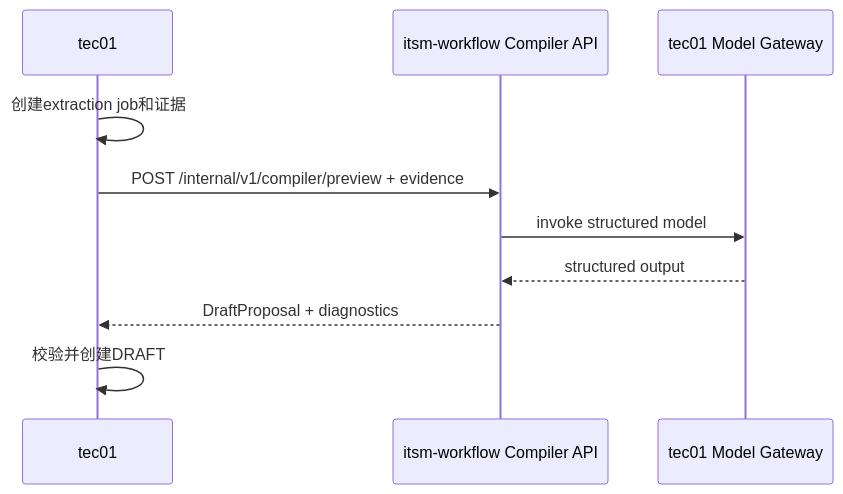
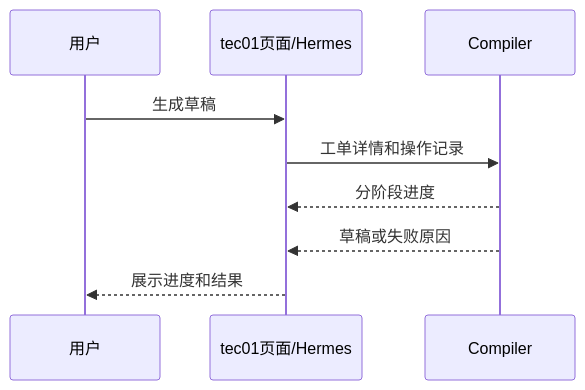
The first of 2 diagrams in docs/tec01-integration-contract.md (armin1024/itsm-workflow), drawn with Mermaid before and after one commit. The commit also changed other lines of this file and 7 other files, not shown here.

Commit message:
docs: simplify tec01 push scheduling and user flows

````diff
--- a/docs/tec01-integration-contract.md
+++ b/docs/tec01-integration-contract.md
@@ -706,12 +285,12 @@
 ```mermaid
 sequenceDiagram
-    participant T as tec01
-    participant C as itsm-workflow Compiler API
-    participant M as tec01 Model Gateway
-    T->>T: 创建extraction job和证据
-    T->>C: POST /internal/v1/compiler/preview + evidence
-    C->>M: invoke structured model
-    M-->>C: structured output
-    C-->>T: DraftProposal + diagnostics
-    T->>T: 校验并创建DRAFT
+    participant U as 用户
+    participant T as tec01页面/Hermes
+    participant C as Compiler
+
+    U->>T: 生成草稿
+    T->>C: 工单详情和操作记录
+    C-->>T: 分阶段进度
+    C-->>T: 草稿或失败原因
+    T-->>U: 展示进度和结果
 ```
````
